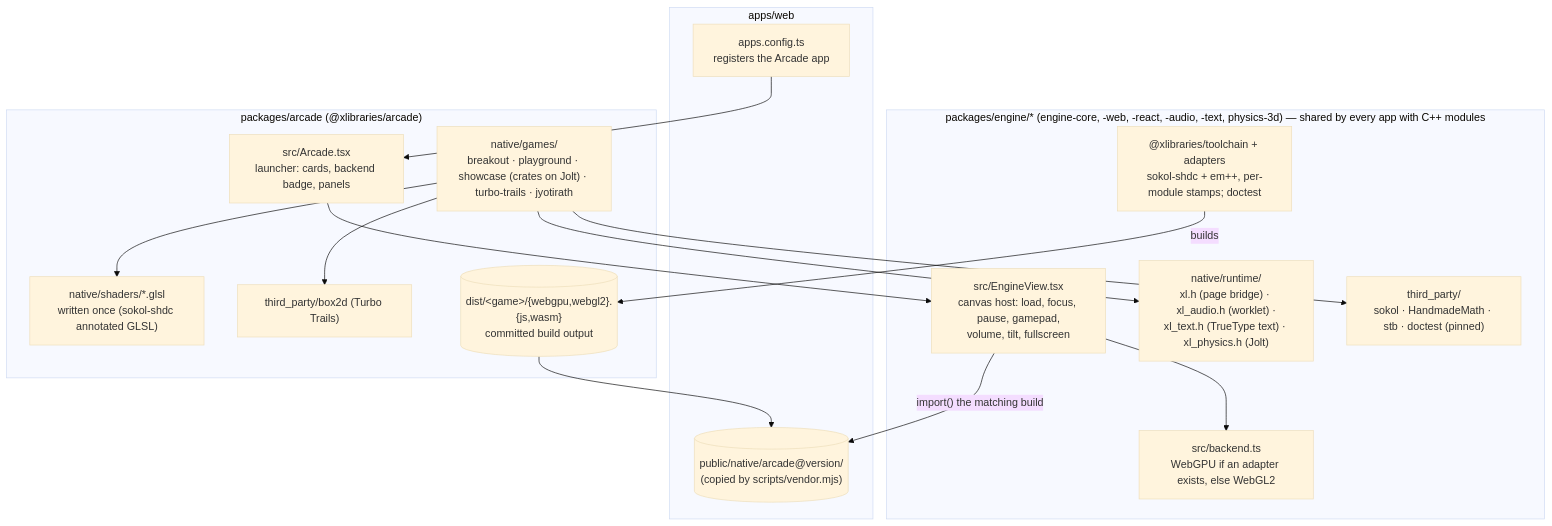
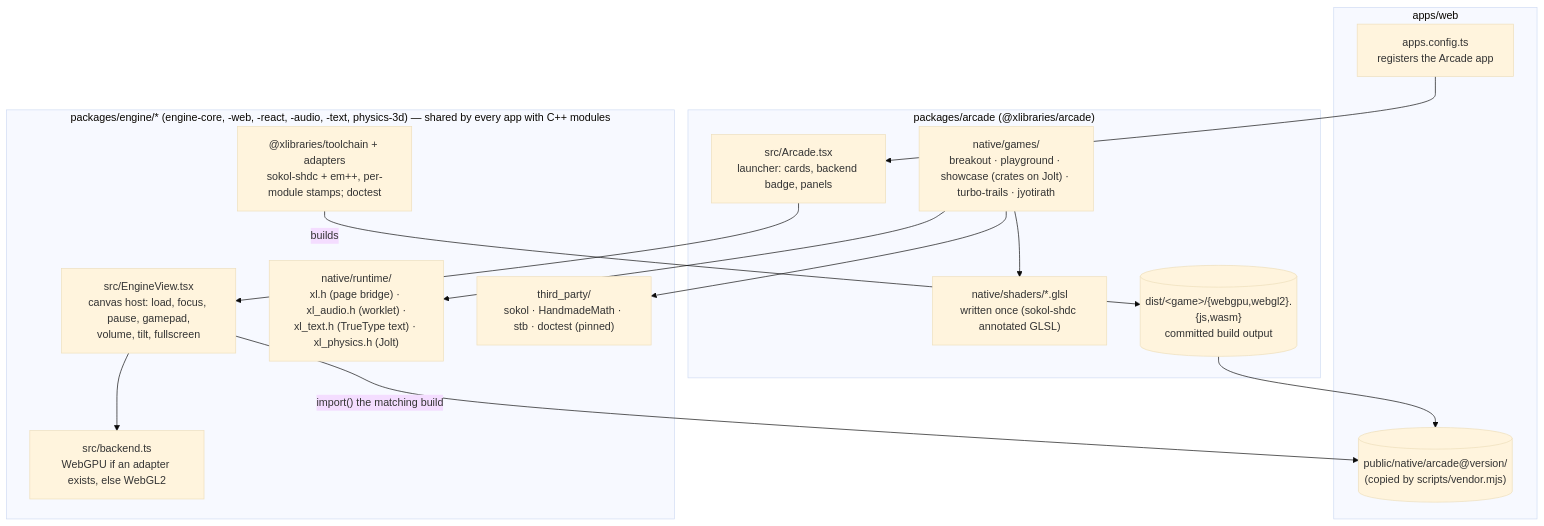
One commit to xlibraries/Xlib changed the first of 2 diagrams in docs/arcade-plan.md. Above: the diagram before and after it, drawn with Mermaid (base theme). The commit also changed 108 other files, not shown here.

Commit message:
Phase 3: physics-2d (Box2D behind a backend-free contract) and physics-3d documented, each with a fake; Turbo Trails on the contract, bit-identical

````diff
--- a/docs/arcade-plan.md
+++ b/docs/arcade-plan.md
@@ -13,30 +13,29 @@
 ```mermaid
 flowchart TB
     subgraph site["apps/web"]
         config["apps.config.ts<br/>registers the Arcade app"]
         public[("public/native/arcade@version/<br/>(copied by scripts/vendor.mjs)")]
     end
 
     subgraph engine["packages/engine/* (engine-core, -web, -react, -audio, -text, physics-3d) — shared by every app with C++ modules"]
         view["src/EngineView.tsx<br/>canvas host: load, focus, pause, gamepad,<br/>volume, tilt, fullscreen"]
         pick["src/backend.ts<br/>WebGPU if an adapter exists, else WebGL2"]
         runtime["native/runtime/<br/>xl.h (page bridge) · xl_audio.h (worklet) ·<br/>xl_text.h (TrueType text) · xl_physics.h (Jolt)"]
         buildpipe["@xlibraries/toolchain + adapters<br/>sokol-shdc + em++, per-module stamps; doctest"]
         third["third_party/<br/>sokol · HandmadeMath · stb · doctest (pinned)"]
     end
 
     subgraph pkg["packages/arcade (@xlibraries/arcade)"]
         launcher["src/Arcade.tsx<br/>launcher: cards, backend badge, panels"]
         games["native/games/<br/>breakout · playground · showcase (crates on Jolt) · turbo-trails · jyotirath"]
         shaders["native/shaders/*.glsl<br/>written once (sokol-shdc annotated GLSL)"]
-        box2d["third_party/box2d (Turbo Trails)"]
         dist[("dist/&lt;game&gt;/{webgpu,webgl2}.{js,wasm}<br/>committed build output")]
     end
 
     config --> launcher --> view
     view --> pick
     view -- "import() the matching build" --> public
     dist --> public
-    games --> runtime & shaders & third & box2d
+    games --> runtime & shaders & third
     buildpipe -- builds --> dist
 ```
````
